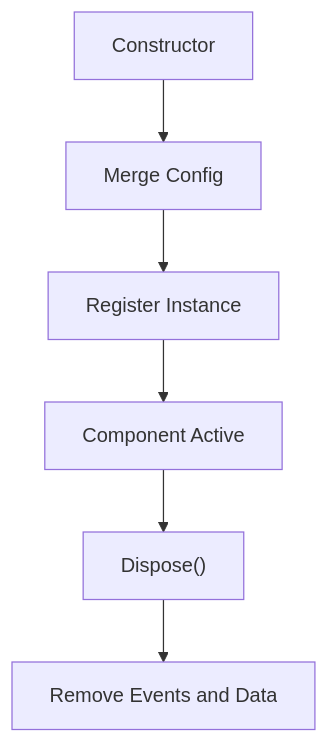
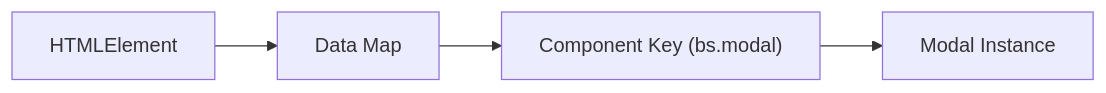
One commit to Ylianst/MeshCentral changed the diagram in docs/diagrams/architecture/bootstrap-components-2.mmd. Above: the diagram before and after it, drawn with Mermaid. The commit also changed 642 other files, not shown here.

```diff
--- a/docs/diagrams/architecture/bootstrap-components-2.mmd
+++ b/docs/diagrams/architecture/bootstrap-components-2.mmd
@@ -1,6 +1,4 @@
-flowchart TD
-    Init["Constructor"] --> Merge["Merge Config"]
-    Merge --> Register["Register Instance"]
-    Register --> Active["Component Active"]
-    Active --> Dispose["Dispose()"]
-    Dispose --> Cleanup["Remove Events and Data"]
+flowchart LR
+    A["HTMLElement"] --> B["Data Map"]
+    B --> C["Component Key (bs.modal)"]
+    C --> D["Modal Instance"]
```
